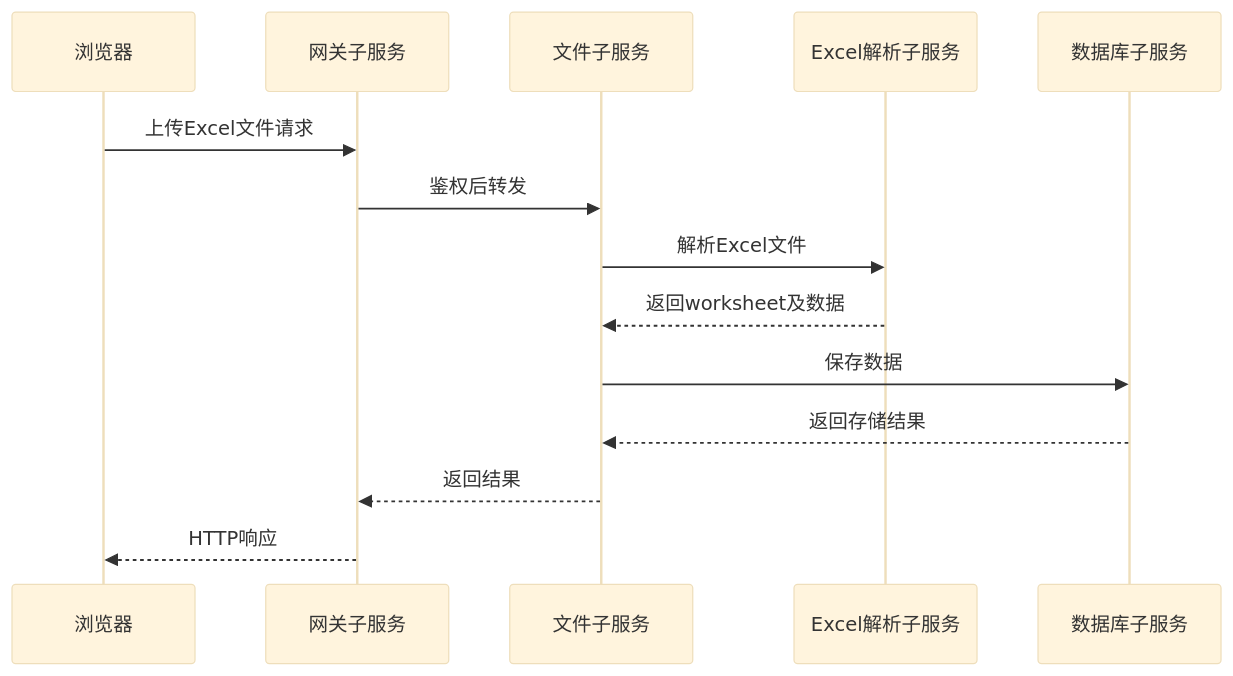
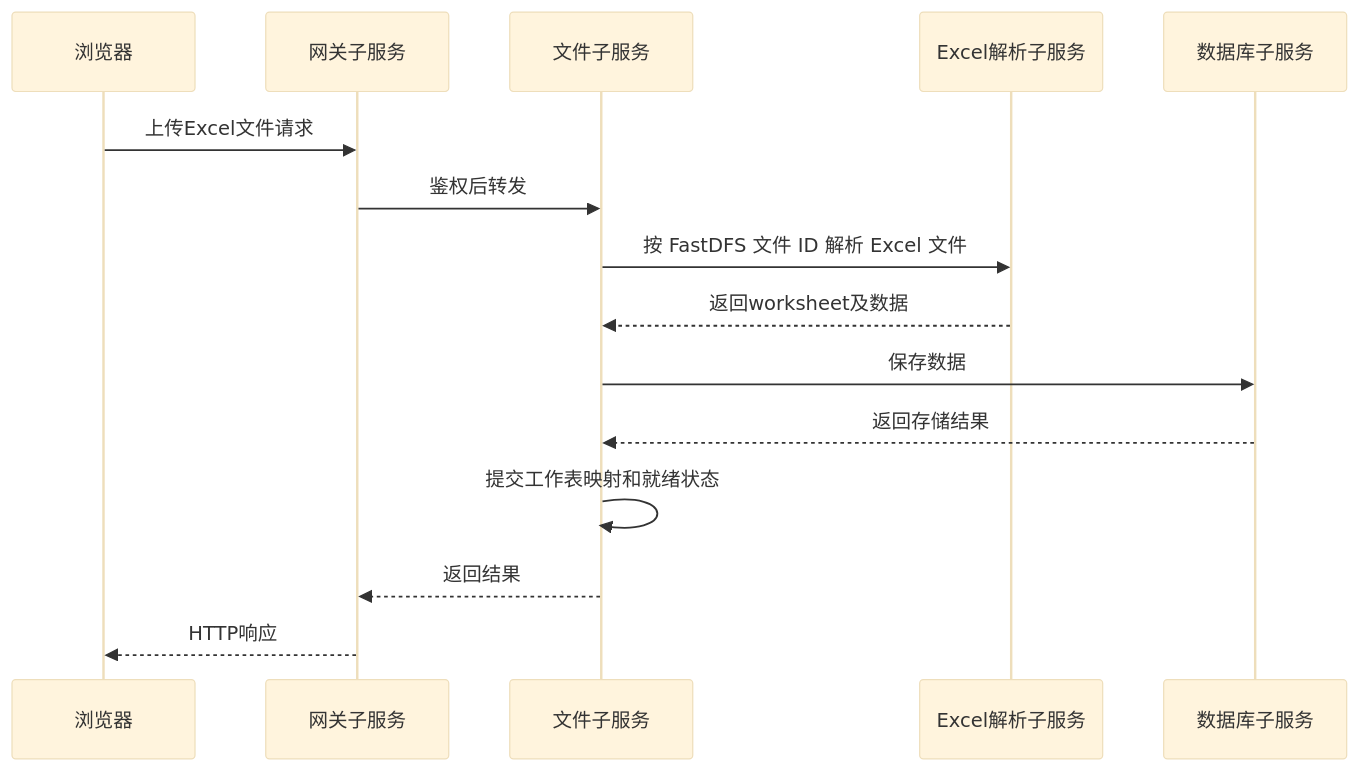
One commit to Dairenwen/chat2data-cpp changed the diagram in chat2data/docs/接口设计.md. Above: the diagram before and after it, drawn with Mermaid (base theme). The commit also changed other lines of this file and 7 other files, not shown here.

````diff
--- a/chat2data/docs/接口设计.md
+++ b/chat2data/docs/接口设计.md
@@ -1591,16 +1595,17 @@
 ```mermaid
 sequenceDiagram
     participant Browser as 浏览器
     participant Gateway as 网关子服务
     participant File as 文件子服务
     participant Excel as Excel解析子服务
     participant DB as 数据库子服务
     Browser->>Gateway: 上传Excel文件请求
     Gateway->>File: 鉴权后转发
-    File->>Excel: 解析Excel文件
+    File->>Excel: 按 FastDFS 文件 ID 解析 Excel 文件
     Excel-->>File: 返回worksheet及数据
     File->>DB: 保存数据
     DB-->>File: 返回存储结果
+    File->>File: 提交工作表映射和就绪状态
     File-->>Gateway: 返回结果
     Gateway-->>Browser: HTTP响应
 ```
````
